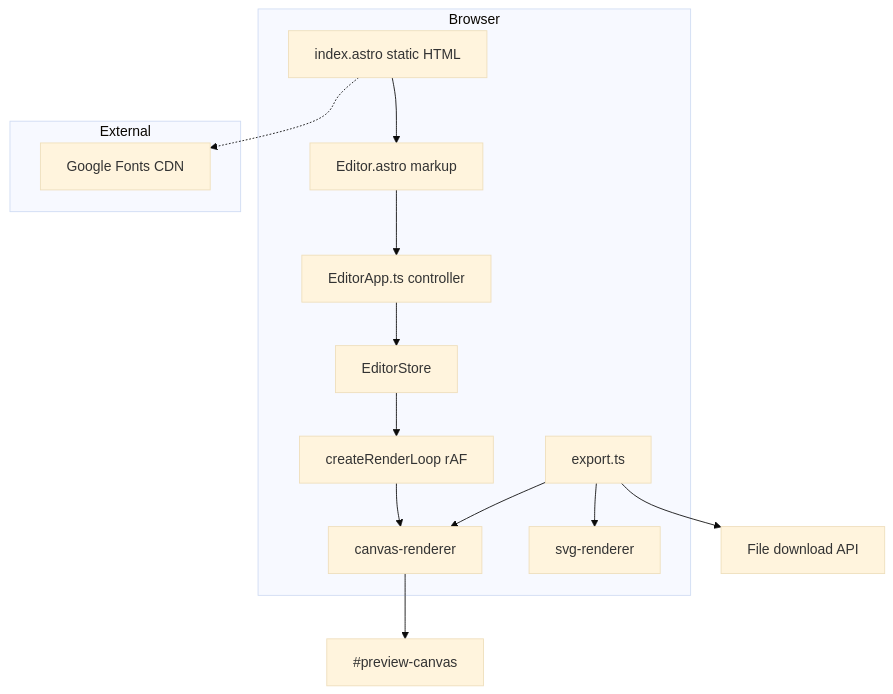
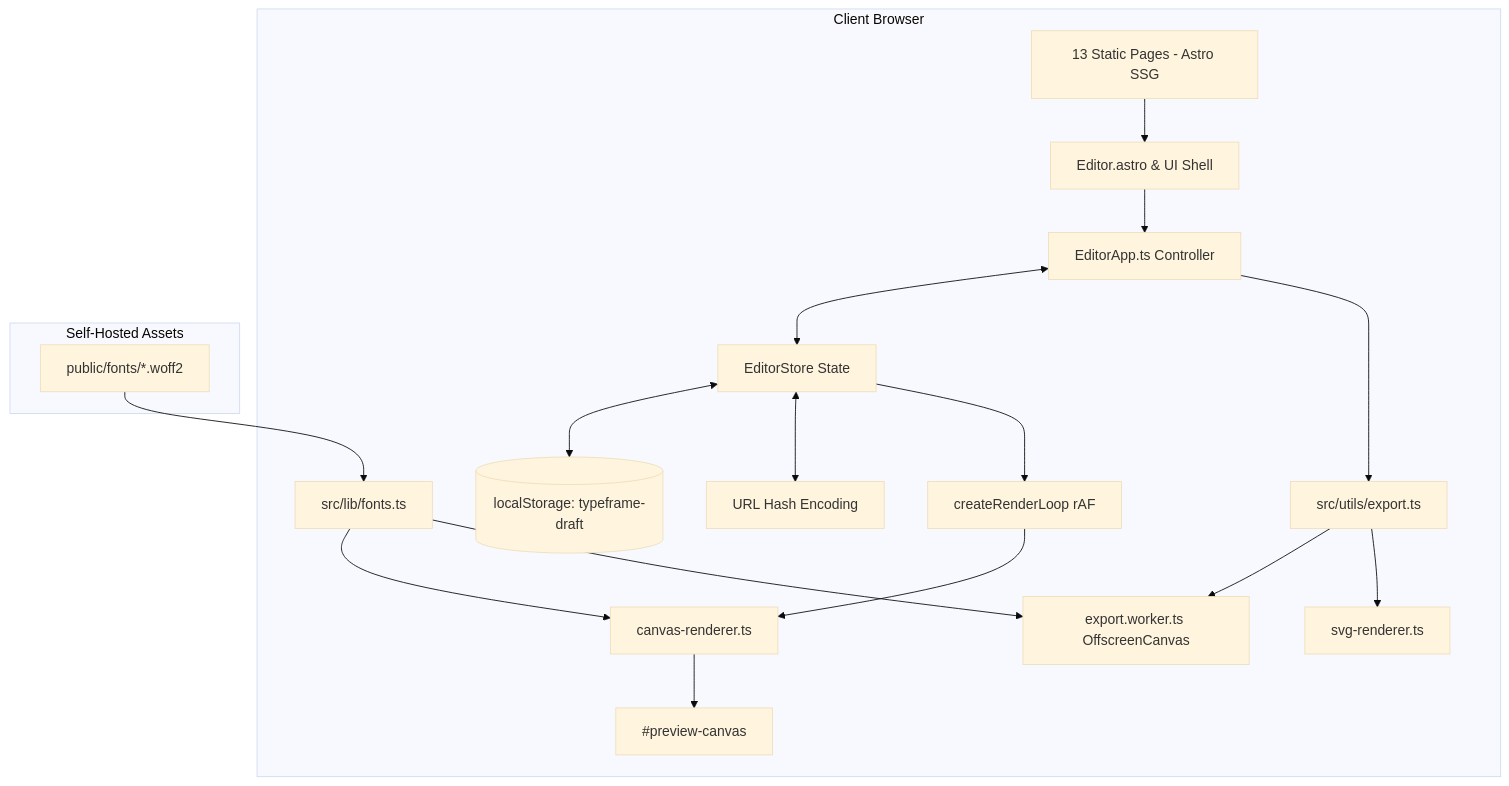
The diagram in docs/ARCHITECTURE-AUDIT.md (dvynshuu/typeframe), drawn with Mermaid (base theme) before and after one commit. The commit also changed other lines of this file and 54 other files, not shown here.

Commit message:
feat(studio): redesign editorial darkroom studio, self-host variable fonts, overhaul prose & tool pages, and fix mobile overflow

````diff
--- a/docs/ARCHITECTURE-AUDIT.md
+++ b/docs/ARCHITECTURE-AUDIT.md
@@ -27,26 +28,37 @@
 ```mermaid
 flowchart TB
-  subgraph browser [Browser]
-    Page[index.astro static HTML]
-    EditorUI[Editor.astro markup]
-    App[EditorApp.ts controller]
-    Store[EditorStore]
+  subgraph browser [Client Browser]
+    Pages[13 Static Pages - Astro SSG]
+    EditorUI[Editor.astro & UI Shell]
+    App[EditorApp.ts Controller]
+    Store[EditorStore State]
+    Storage[(localStorage: typeframe-draft)]
+    URLState[URL Hash Encoding]
     Loop[createRenderLoop rAF]
-    CanvasR[canvas-renderer]
-    SvgR[svg-renderer]
-    Export[export.ts]
-    Page --> EditorUI
+    CanvasR[canvas-renderer.ts]
+    SvgR[svg-renderer.ts]
+    FontLoader[src/lib/fonts.ts]
+    Worker[export.worker.ts OffscreenCanvas]
+    Export[src/utils/export.ts]
+
+    Pages --> EditorUI
     EditorUI --> App
-    App --> Store
+    App <--> Store
+    Store <--> Storage
+    Store <--> URLState
     Store --> Loop
     Loop --> CanvasR
-    Export --> CanvasR
+    CanvasR --> Preview[#preview-canvas]
+    App --> Export
+    Export --> Worker
     Export --> SvgR
+    FontLoader --> CanvasR
+    FontLoader --> Worker
   end
-  subgraph external [External]
-    Fonts[Google Fonts CDN]
+
+  subgraph assets [Self-Hosted Assets]
+    Fonts[public/fonts/*.woff2]
   end
-  Page -.-> Fonts
-  CanvasR --> Preview[#preview-canvas]
-  Export --> Download[File download API]
+
+  Fonts --> FontLoader
 ```
````
